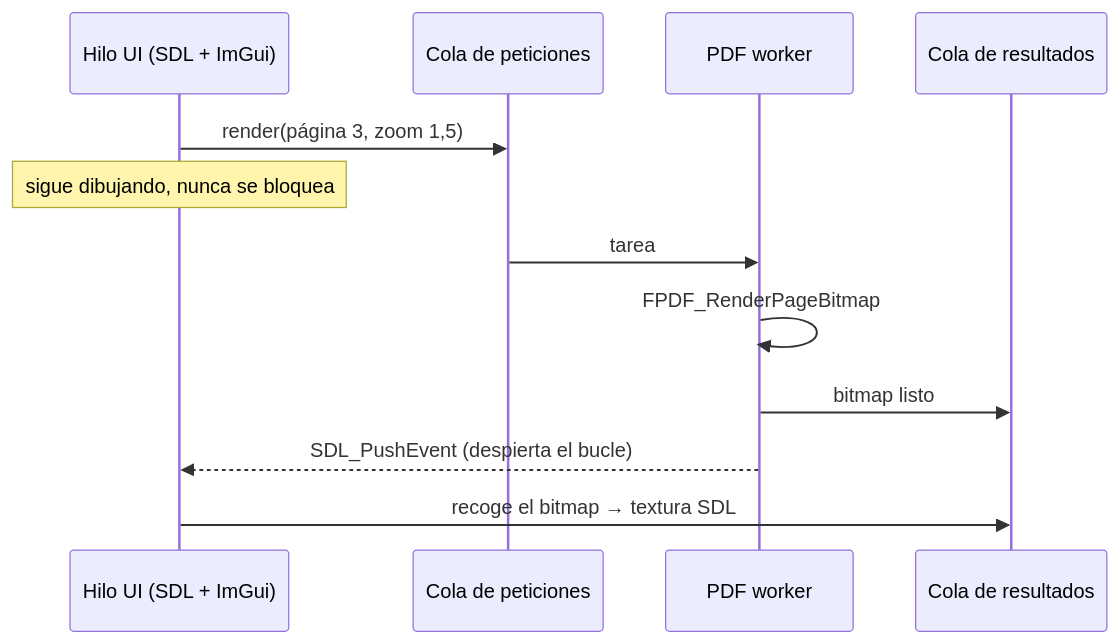
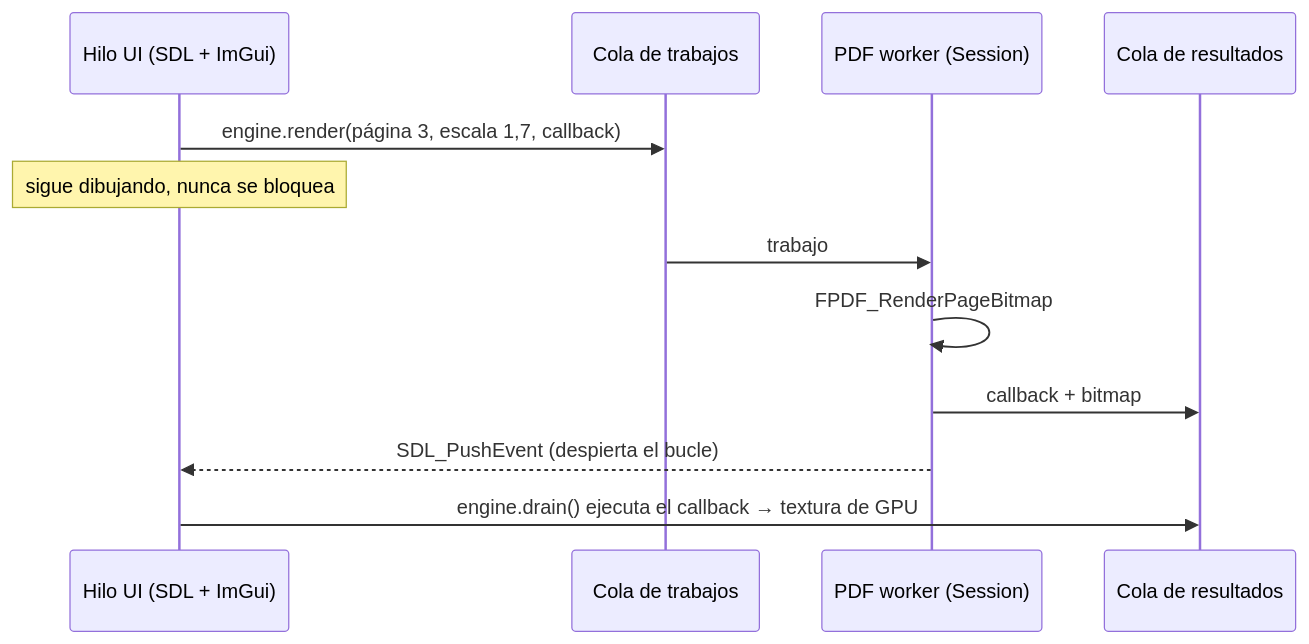
Before and after one commit to Superbaay/pdf-lite: the second of 4 diagrams in docs/ARCHITECTURE.md, drawn with Mermaid. The commit also changed other lines of this file and 7 other files, not shown here.

````diff
--- a/docs/ARCHITECTURE.md
+++ b/docs/ARCHITECTURE.md
@@ -38,15 +42,15 @@
 ```mermaid
 sequenceDiagram
     participant UI as Hilo UI (SDL + ImGui)
-    participant Q1 as Cola de peticiones
-    participant W as PDF worker
-    participant Q2 as Cola de resultados
+    participant J as Cola de trabajos
+    participant W as PDF worker (Session)
+    participant R as Cola de resultados
 
-    UI->>Q1: render(página 3, zoom 1,5)
+    UI->>J: engine.render(página 3, escala 1,7, callback)
     Note over UI: sigue dibujando, nunca se bloquea
-    Q1->>W: tarea
+    J->>W: trabajo
     W->>W: FPDF_RenderPageBitmap
-    W->>Q2: bitmap listo
+    W->>R: callback + bitmap
     W-->>UI: SDL_PushEvent (despierta el bucle)
-    UI->>Q2: recoge el bitmap → textura SDL
+    UI->>R: engine.drain() ejecuta el callback → textura de GPU
 ```
````
